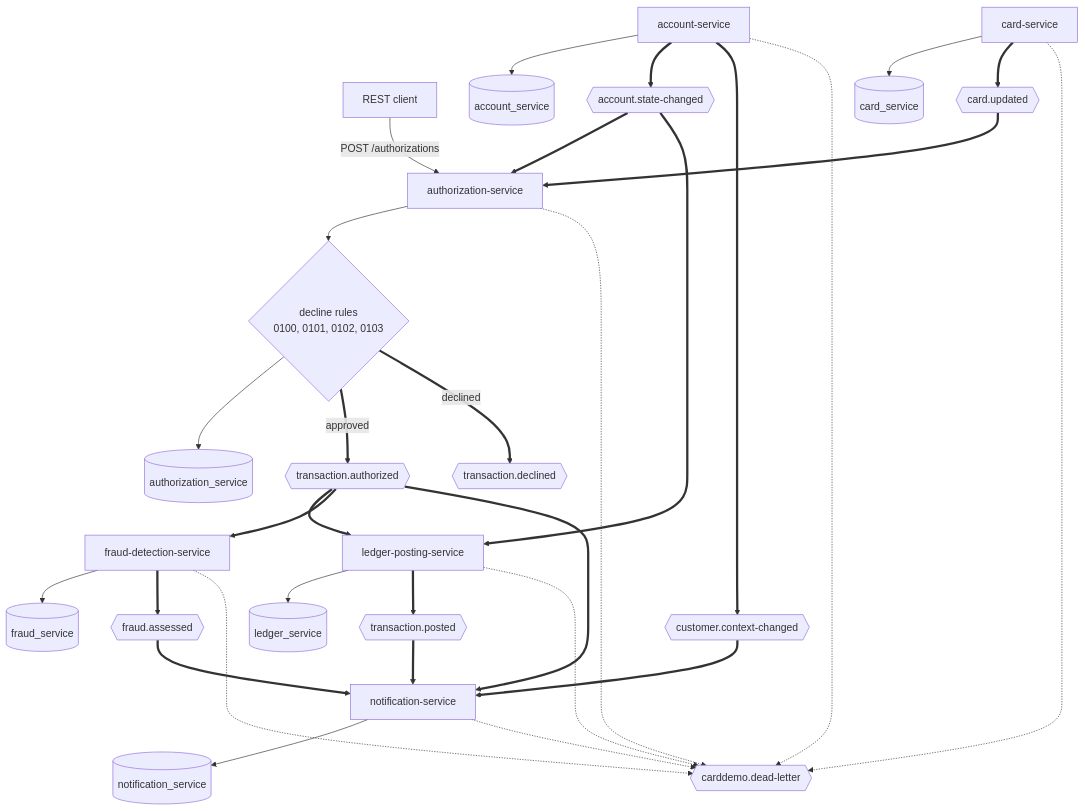
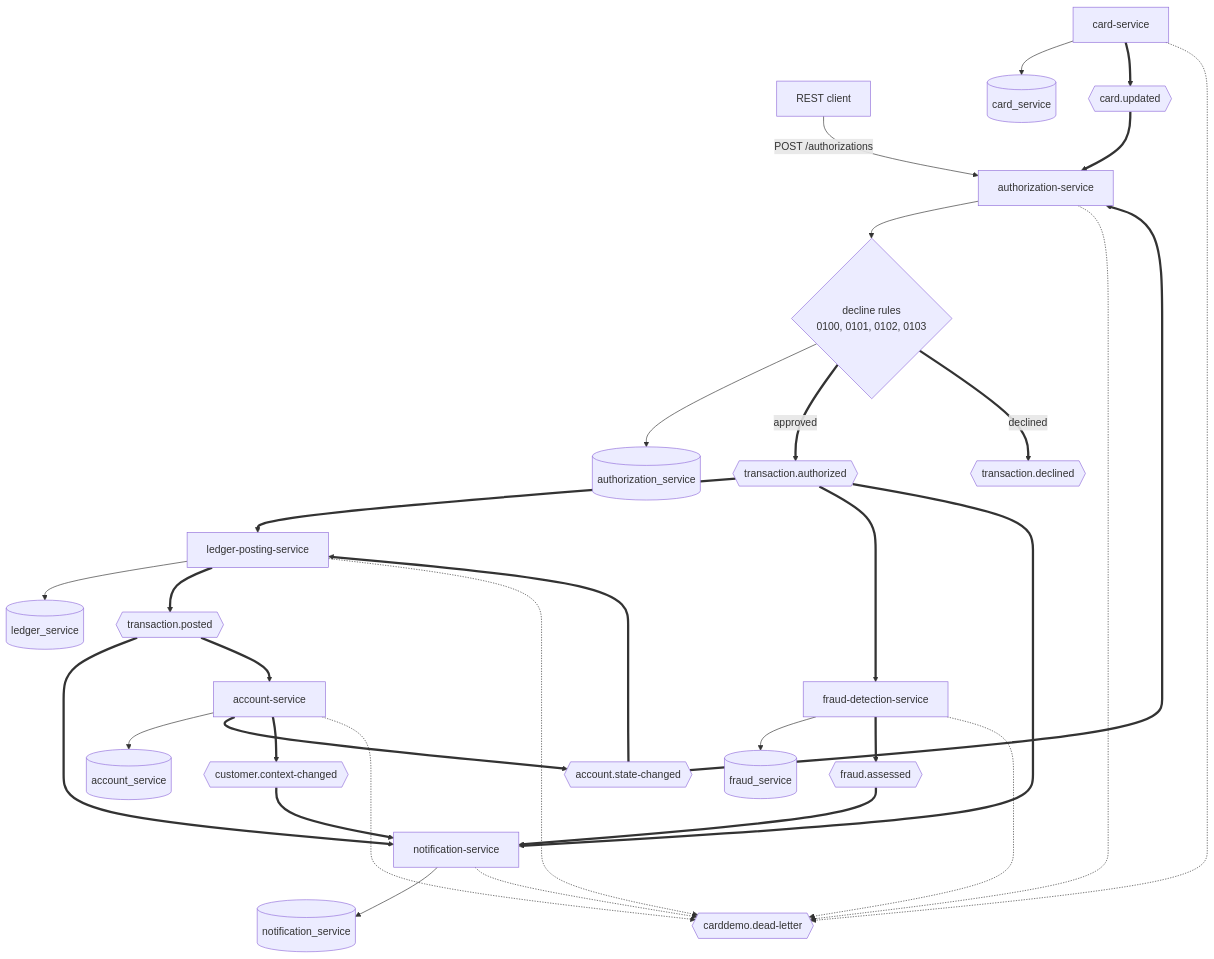
The first of 2 diagrams in card-platform/README.md (blitzy-public-samples/aws-carddemo-blitzy), drawn with Mermaid before and after one commit. The commit also changed other lines of this file and 540 other files, not shown here.

````diff
--- a/card-platform/README.md
+++ b/card-platform/README.md
@@ -176,56 +308,57 @@
 ```mermaid
 graph TB
     CLIENT["REST client"]
     AUTH["authorization-service"]
     RULES{"decline rules<br/>0100, 0101, 0102, 0103"}
     AUTHDB[("authorization_service")]
     TA{{"transaction.authorized"}}
     TD{{"transaction.declined"}}
     LEDGER["ledger-posting-service"]
     FRAUD["fraud-detection-service"]
     LEDGERDB[("ledger_service")]
     FRAUDDB[("fraud_service")]
     TP{{"transaction.posted"}}
     FA{{"fraud.assessed"}}
     NOTIFY["notification-service"]
     NOTIFYDB[("notification_service")]
     ACCOUNT["account-service"]
     ACCOUNTDB[("account_service")]
     AS{{"account.state-changed"}}
     CC{{"customer.context-changed"}}
     CARD["card-service"]
     CARDDB[("card_service")]
     CU{{"card.updated"}}
     DEAD{{"carddemo.dead-letter"}}
 
     CLIENT -->|"POST /authorizations"| AUTH
     AUTH --> RULES
     RULES --> AUTHDB
     RULES ==>|approved| TA
     RULES ==>|declined| TD
     TA ==> LEDGER
     TA ==> FRAUD
     TA ==> NOTIFY
     LEDGER --> LEDGERDB
     FRAUD --> FRAUDDB
     LEDGER ==> TP
     FRAUD ==> FA
     TP ==> NOTIFY
+    TP ==> ACCOUNT
     FA ==> NOTIFY
     NOTIFY --> NOTIFYDB
     ACCOUNT --> ACCOUNTDB
     ACCOUNT ==> AS
     ACCOUNT ==> CC
     AS ==> AUTH
     AS ==> LEDGER
     CC ==> NOTIFY
     CARD --> CARDDB
     CARD ==> CU
     CU ==> AUTH
     LEDGER -.-> DEAD
     FRAUD -.-> DEAD
     NOTIFY -.-> DEAD
     AUTH -.-> DEAD
     ACCOUNT -.-> DEAD
     CARD -.-> DEAD
 ```
````
